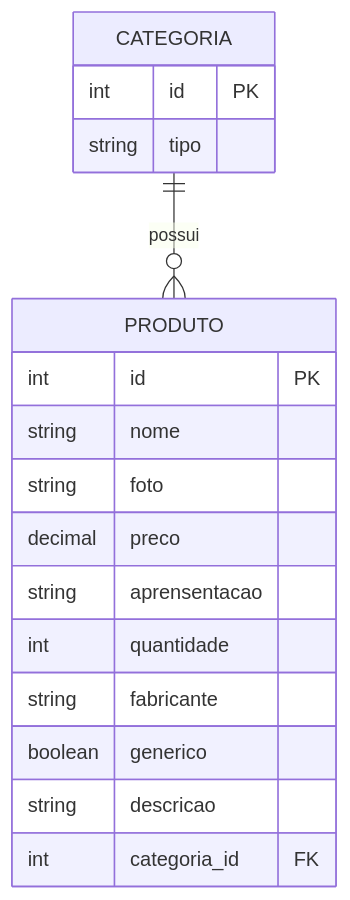
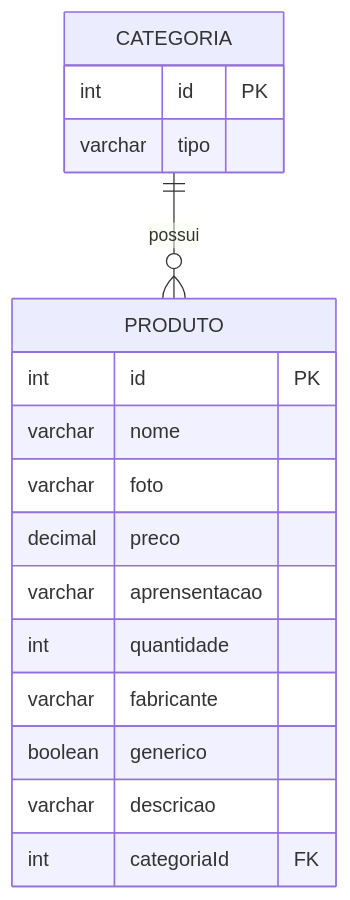
Before and after one commit to dashenio/projeto_final_bloco_02: the second of 2 diagrams in README.md, drawn with Mermaid. The commit also changed other lines of this file, not shown here.

````diff
--- a/README.md
+++ b/README.md
@@ -81,24 +90,24 @@
 ```mermaid
 
 erDiagram
     CATEGORIA ||--o{ PRODUTO : "possui"
 
     CATEGORIA {
         int id PK
-        string tipo 
+        varchar tipo 
     }
 
     PRODUTO {
         int id PK
-        string nome
-        string foto
+        varchar nome
+        varchar foto
         decimal preco
-        string aprensentacao
+        varchar aprensentacao
         int quantidade
-        string fabricante
+        varchar fabricante
         boolean generico
-        string descricao
-        int categoria_id FK
+        varchar descricao
+        int categoriaId FK
     }
 
 ```
````
